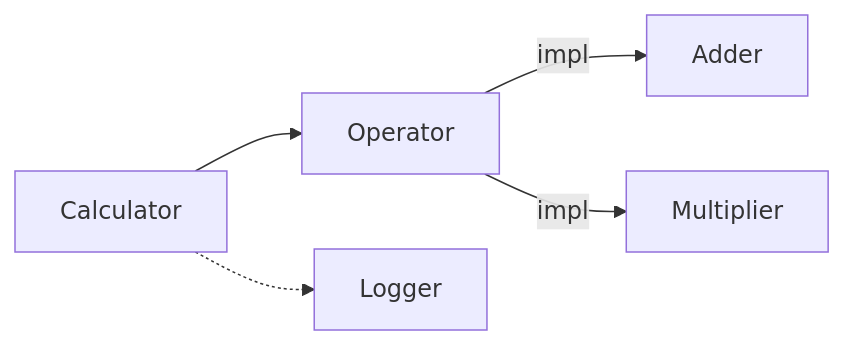
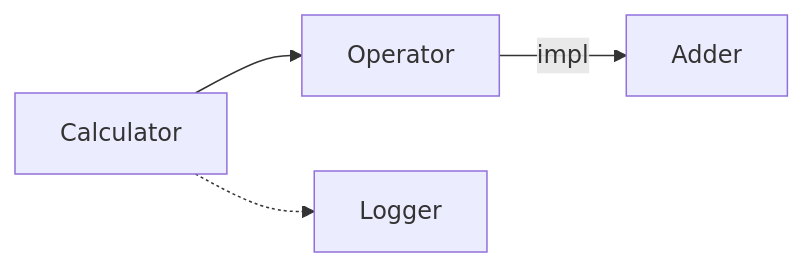
The second of 3 diagrams in Source/Framework/Core/Misc/DI.md (Gajumaru314159/OctbitEngine), drawn with Mermaid before and after one commit. The commit also changed other lines of this file and 3 other files, not shown here.

````diff
--- a/Source/Framework/Core/Misc/DI.md
+++ b/Source/Framework/Core/Misc/DI.md
@@ -21,5 +21,5 @@
 ```mermaid
 graph LR
-    Calculator-->Operator-->|impl|Adder & Multiplier
+    Calculator-->Operator-->|impl|Adder
     Calculator-.->Logger
 ```
````
